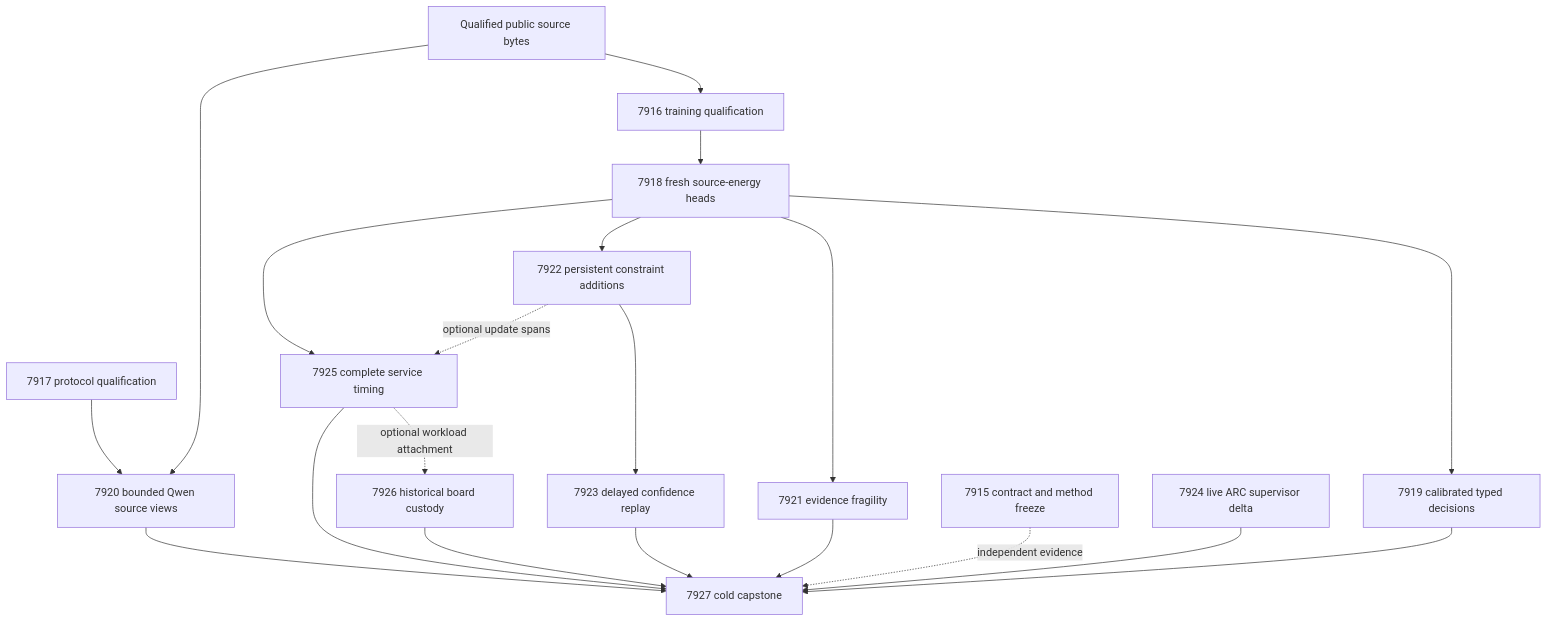
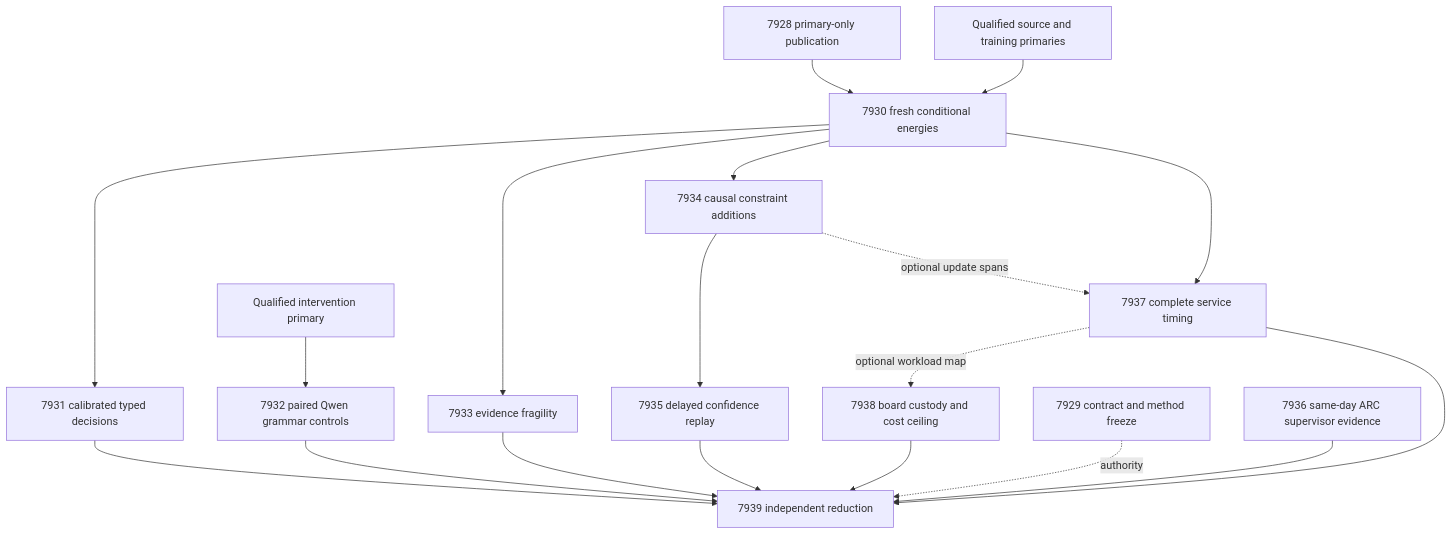
One commit to Carnot-EBM/carnot-ebm changed the diagram in openspec/change-proposals/research-roadmap-vNEXT.md. Above: the diagram before and after it, drawn with Mermaid. The commit also changed other lines of this file and 13 other files, not shown here.

````diff
--- a/openspec/change-proposals/research-roadmap-vNEXT.md
+++ b/openspec/change-proposals/research-roadmap-vNEXT.md
@@ -91,22 +96,21 @@
 ```mermaid
 flowchart TD
-  S[Qualified public source bytes] --> T[7916 training qualification]
-  T --> F[7918 fresh source-energy heads]
-  F --> D[7919 calibrated typed decisions]
-  F --> B[7921 evidence fragility]
-  F --> L[7922 persistent constraint additions]
-  L --> C[7923 delayed confidence replay]
-  P[7917 protocol qualification] --> Q[7920 bounded Qwen source views]
-  S --> Q
-  F --> E[7925 complete service timing]
+  P[7928 primary-only publication] --> F[7930 fresh conditional energies]
+  S[Qualified source and training primaries] --> F
+  F --> D[7931 calibrated typed decisions]
+  F --> B[7933 evidence fragility]
+  F --> L[7934 causal constraint additions]
+  L --> C[7935 delayed confidence replay]
+  F --> E[7937 complete service timing]
   L -. optional update spans .-> E
-  E -. optional workload attachment .-> H[7926 historical board custody]
-  A[7915 contract and method freeze] -. independent evidence .-> R[7927 cold capstone]
+  I[Qualified intervention primary] --> Q[7932 paired Qwen grammar controls]
+  E -. optional workload map .-> H[7938 board custody and cost ceiling]
+  A[7929 contract and method freeze] -. authority .-> R[7939 independent reduction]
+  X[7936 same-day ARC supervisor evidence] --> R
   D --> R
   B --> R
   C --> R
   Q --> R
   E --> R
   H --> R
-  X[7924 live ARC supervisor delta] --> R
 ```
````
